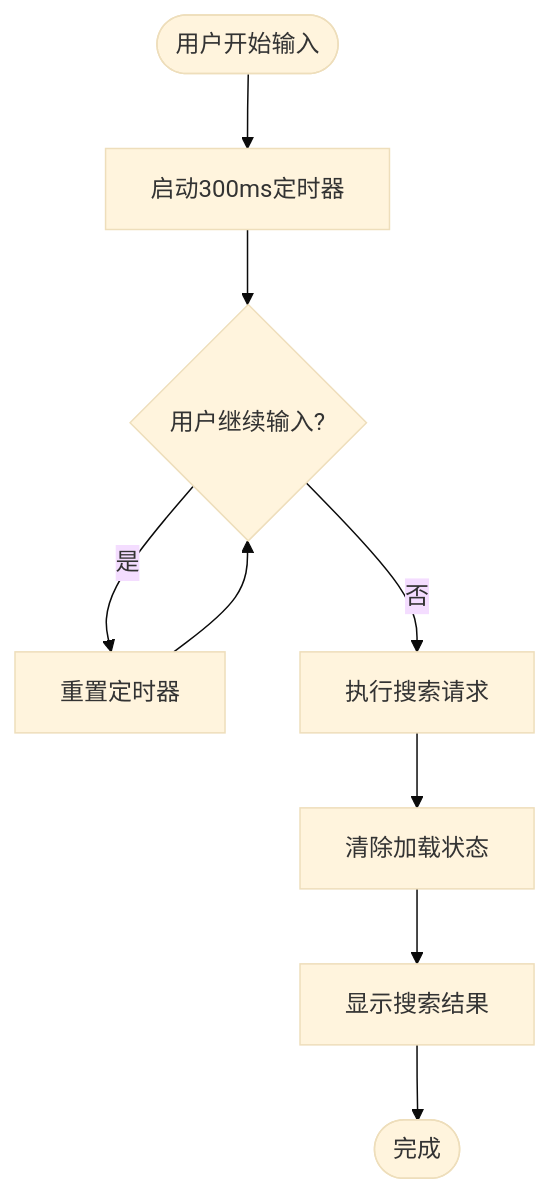
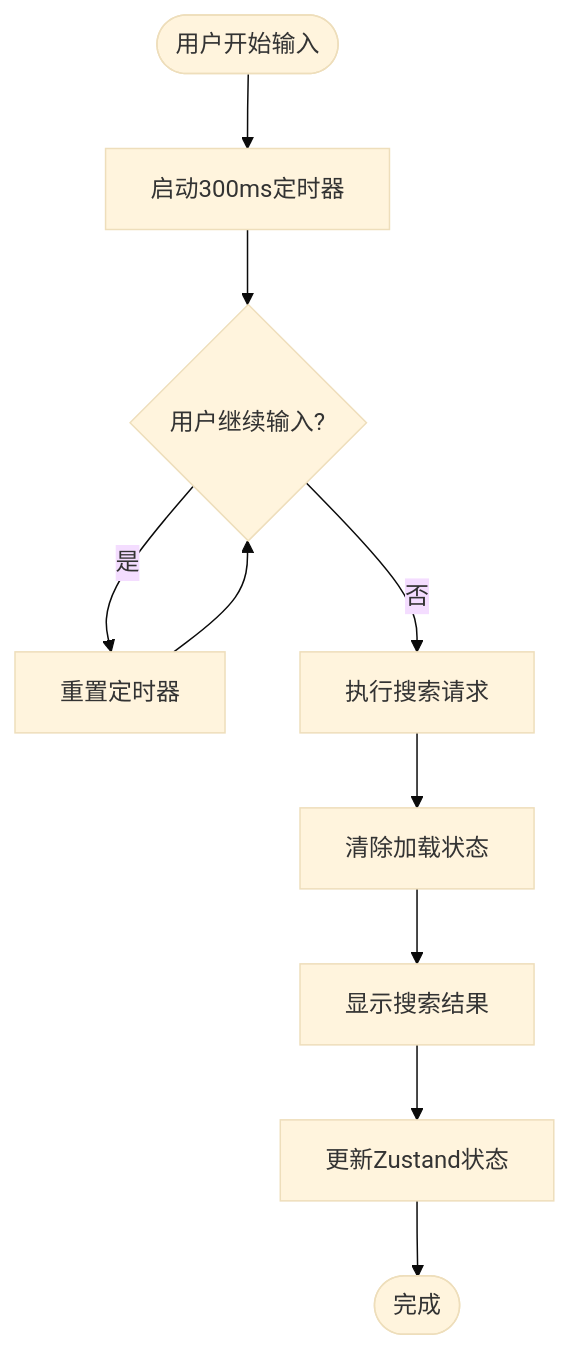
One commit to gree-coder/fund-butler changed the third of 8 diagrams in .qoder/repowiki/zh/content/核心功能开发/搜索功能优化.md. Above: the diagram before and after it, drawn with Mermaid (base theme). The commit also changed other lines of this file and 11 other files, not shown here.

````diff
--- a/.qoder/repowiki/zh/content/核心功能开发/搜索功能优化.md
+++ b/.qoder/repowiki/zh/content/核心功能开发/搜索功能优化.md
@@ -150,11 +168,12 @@
 ```mermaid
 flowchart TD
 Start([用户开始输入]) --> Timer["启动300ms定时器"]
 Timer --> InputMore{"用户继续输入?"}
 InputMore --> |是| ResetTimer["重置定时器"]
 ResetTimer --> InputMore
 InputMore --> |否| ExecuteSearch["执行搜索请求"]
 ExecuteSearch --> ClearLoading["清除加载状态"]
 ClearLoading --> ShowResults["显示搜索结果"]
-ShowResults --> End([完成])
+ShowResults --> UpdateStore["更新Zustand状态"]
+UpdateStore --> End([完成])
 ```
````
